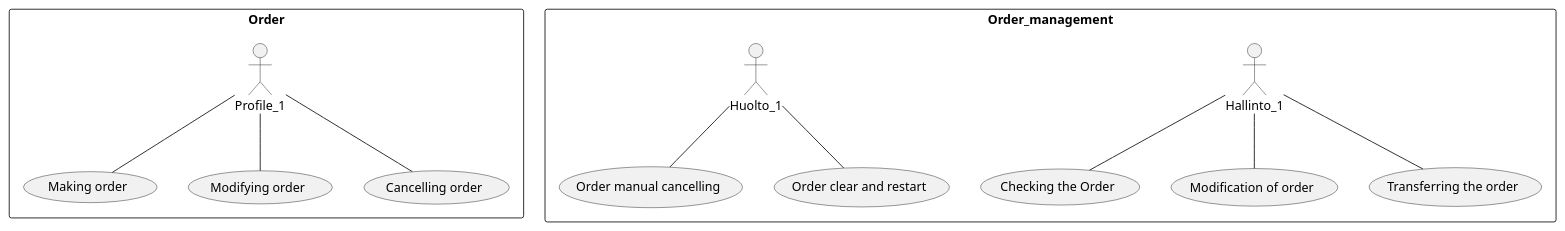
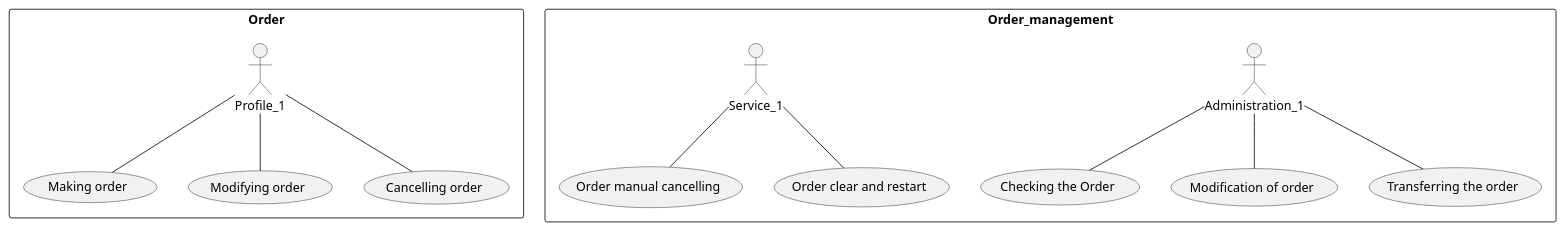
The third of 6 diagrams in docs/20-Requirement-management/wide-requirement-specification.md (ninaleo/ransut-core), drawn with PlantUML before and after one commit. The commit also changed other lines of this file, not shown here.

````diff
--- a/docs/20-Requirement-management/wide-requirement-specification.md
+++ b/docs/20-Requirement-management/wide-requirement-specification.md
@@ -174,14 +170,14 @@
 ```plantuml
 rectangle Order {
 Profile_1--(Making order)
 Profile_1--(Modifying order)
 Profile_1--(Cancelling order)
 }
 rectangle Order_management {
-Hallinto_1--(Checking the Order)
-Hallinto_1--(Modification of order)
-Hallinto_1--(Transferring the order)
-Huolto_1--(Order manual cancelling)
-Huolto_1--(Order clear and restart)
+Administration_1--(Checking the Order)
+Administration_1--(Modification of order)
+Administration_1--(Transferring the order)
+Service_1--(Order manual cancelling)
+Service_1--(Order clear and restart)
 }
 ```
````
